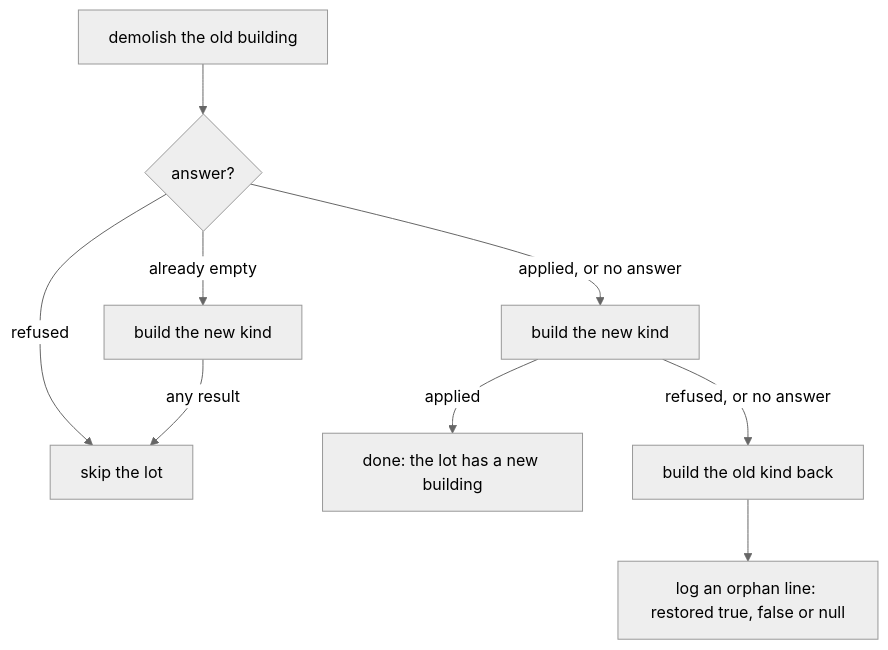
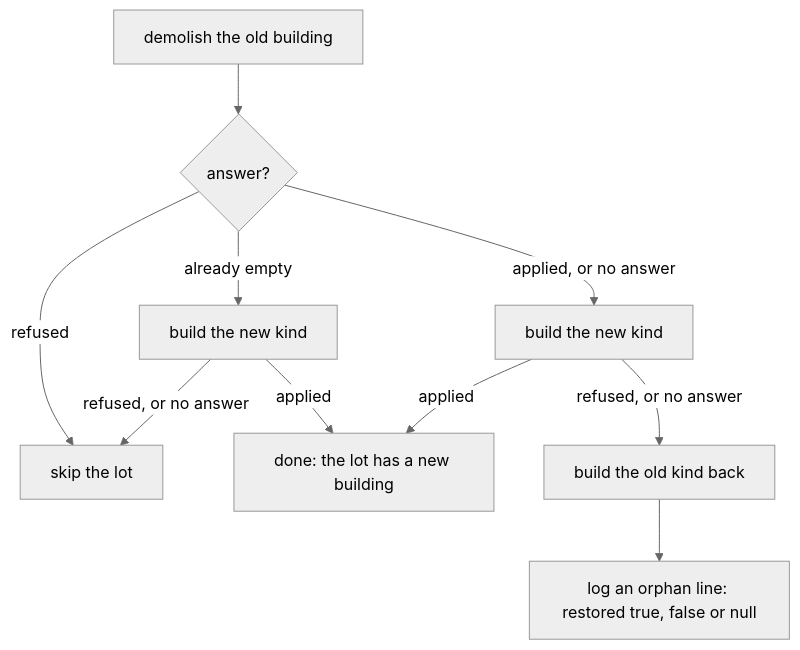
One commit to GetFelix/felix-metro changed the diagram in README.md. Above: the diagram before and after it, drawn with Mermaid (neutral theme). The commit also changed other lines of this file and 1 other file, not shown here.

````diff
--- a/README.md
+++ b/README.md
@@ -222,11 +224,12 @@
 ```mermaid
 flowchart TD
   A[demolish the old building] --> B{answer?}
   B -- refused --> Z[skip the lot]
   B -- already empty --> F[build the new kind]
-  F -- any result --> Z
+  F -- applied --> Y[done: the lot has a new building]
+  F -- refused, or no answer --> Z
   B -- applied, or no answer --> C[build the new kind]
-  C -- applied --> Y[done: the lot has a new building]
+  C -- applied --> Y
   C -- refused, or no answer --> D[build the old kind back]
   D --> E[log an orphan line: restored true, false or null]
 ```
````
